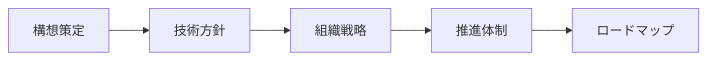
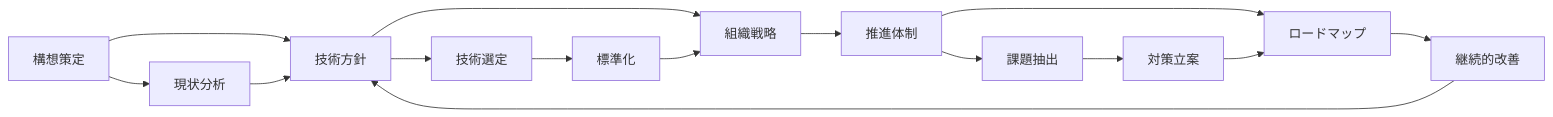
The first of 6 diagrams in docs/00_全体/02_構想.md (RyuheiKiso/KisoFramework), drawn with Mermaid before and after one commit. The commit also changed other lines of this file, not shown here.

````diff
--- a/docs/00_全体/02_構想.md
+++ b/docs/00_全体/02_構想.md
@@ -14,7 +14,17 @@
 ```mermaid
 flowchart LR
     A[構想策定] --> B[技術方針]
     B --> C[組織戦略]
     C --> D[推進体制]
     D --> E[ロードマップ]
+    A --> F[現状分析]
+    F --> B
+    B --> G[技術選定]
+    G --> H[標準化]
+    H --> C
+    D --> I[課題抽出]
+    I --> J[対策立案]
+    J --> E
+    E --> K[継続的改善]
+    K --> B
 ```
````
